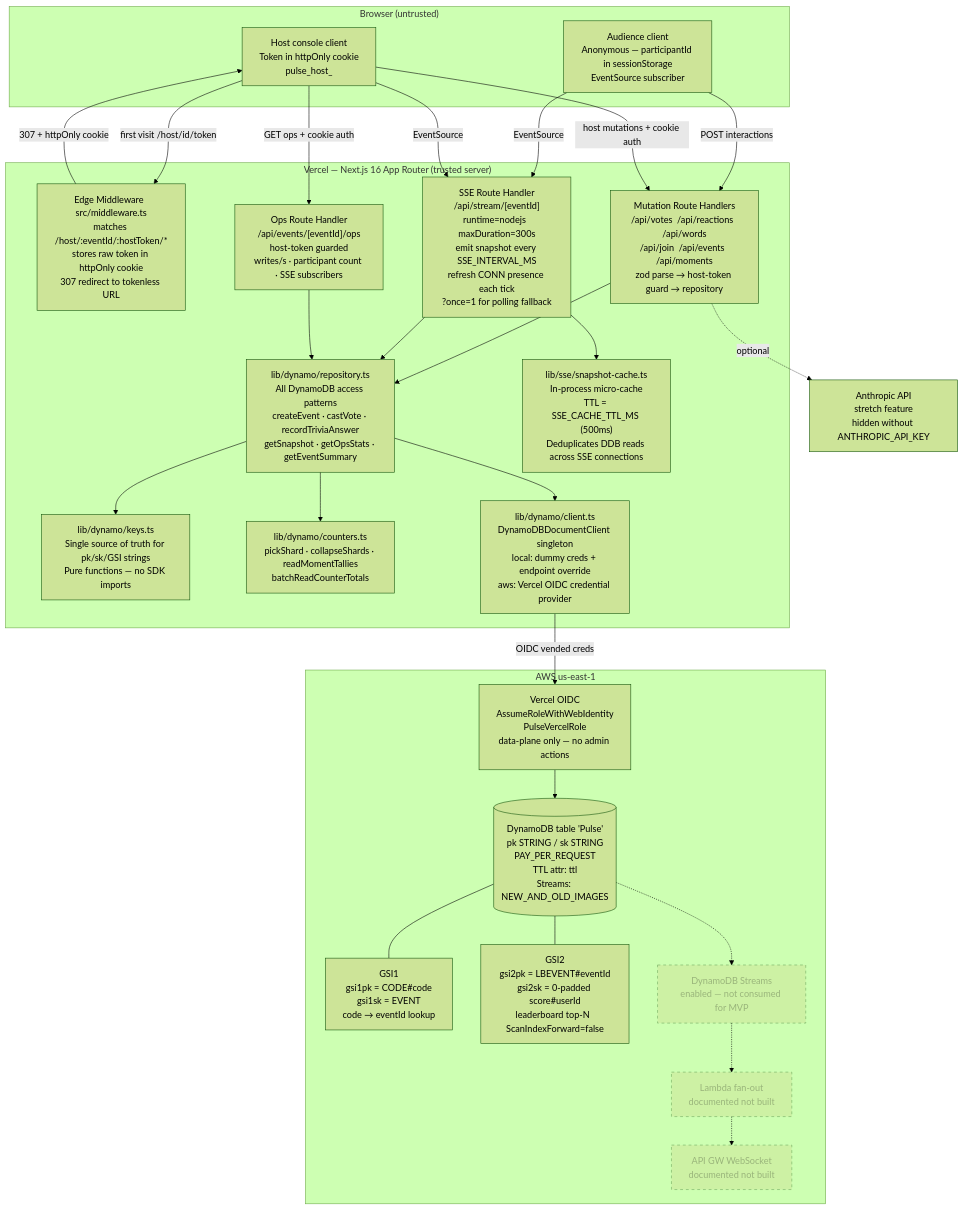
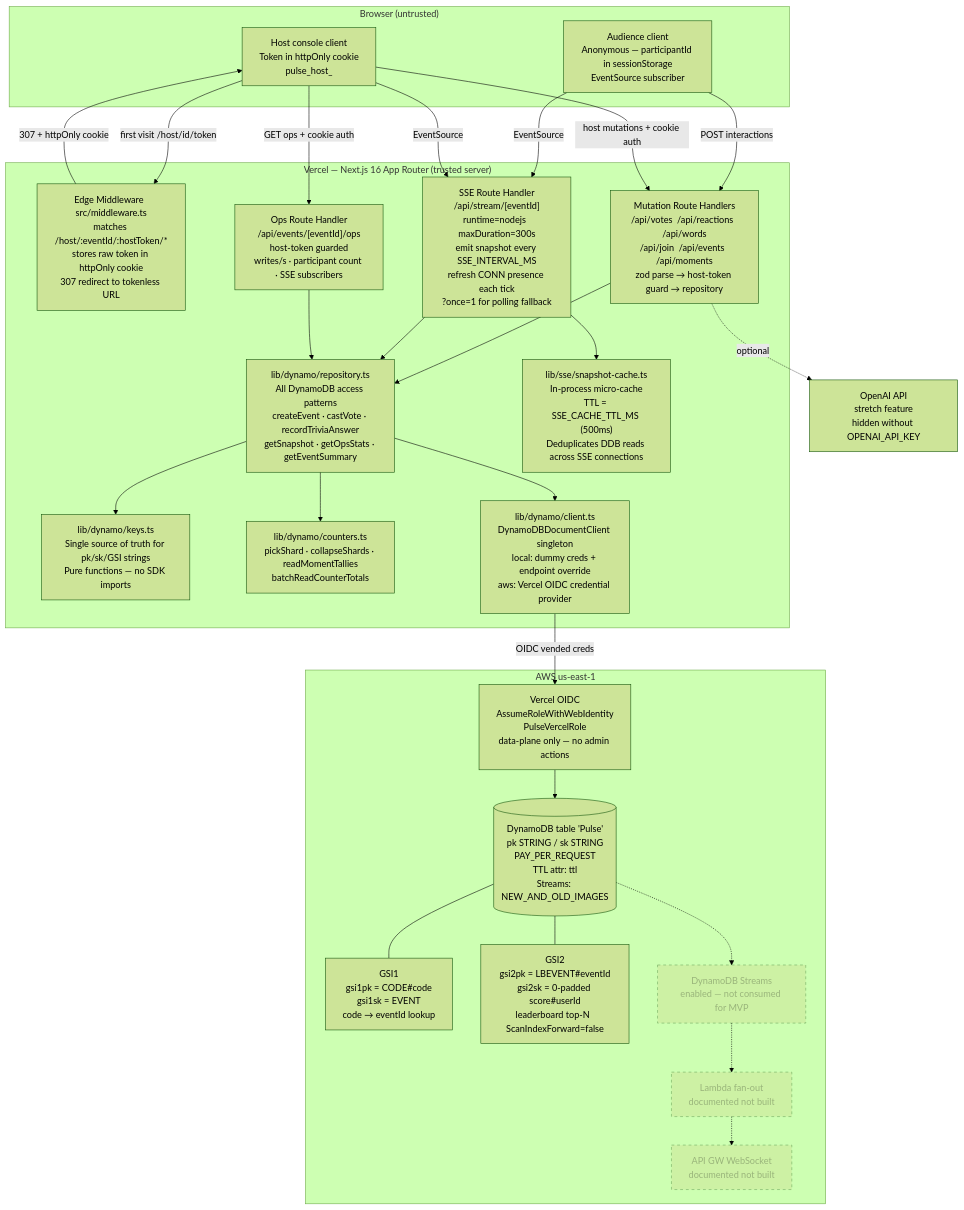
The first of 5 diagrams in ARCHITECTURE.md (SebAustin/pulse), drawn with Mermaid (forest theme) before and after one commit. The commit also changed 14 other files, not shown here.

First line of the commit message:
feat(ai): swap optional AI assist from Anthropic to OpenAI

````diff
--- a/ARCHITECTURE.md
+++ b/ARCHITECTURE.md
@@ -9,49 +9,49 @@
 ```mermaid
 flowchart TB
   subgraph Browser["Browser (untrusted)"]
     AUD["Audience client\nAnonymous — participantId in sessionStorage\nEventSource subscriber"]
     HOST["Host console client\nToken in httpOnly cookie\npulse_host_<eventId>"]
   end
 
   subgraph Vercel["Vercel — Next.js 16 App Router (trusted server)"]
     MW["Edge Middleware  src/middleware.ts\nmatches /host/:eventId/:hostToken/*\nstores raw token in httpOnly cookie\n307 redirect to tokenless URL"]
     RH_MUT["Mutation Route Handlers\n/api/votes  /api/reactions  /api/words\n/api/join  /api/events  /api/moments\nzod parse → host-token guard → repository"]
     RH_SSE["SSE Route Handler\n/api/stream/[eventId]\nruntime=nodejs  maxDuration=300s\nemit snapshot every SSE_INTERVAL_MS\nrefresh CONN presence each tick\n?once=1 for polling fallback"]
     RH_OPS["Ops Route Handler\n/api/events/[eventId]/ops\nhost-token guarded\nwrites/s · participant count · SSE subscribers"]
     REPO["lib/dynamo/repository.ts\nAll DynamoDB access patterns\ncreateEvent · castVote · recordTriviaAnswer\ngetSnapshot · getOpsStats · getEventSummary"]
     KEYS["lib/dynamo/keys.ts\nSingle source of truth for pk/sk/GSI strings\nPure functions — no SDK imports"]
     CTRS["lib/dynamo/counters.ts\npickShard · collapseShards · readMomentTallies\nbatchReadCounterTotals"]
     CLIENT["lib/dynamo/client.ts\nDynamoDBDocumentClient singleton\nlocal: dummy creds + endpoint override\naws: Vercel OIDC credential provider"]
     CACHE["lib/sse/snapshot-cache.ts\nIn-process micro-cache\nTTL = SSE_CACHE_TTL_MS (500ms)\nDeduplicates DDB reads across SSE connections"]
   end
 
   subgraph AWS["AWS us-east-1"]
     OIDC["Vercel OIDC\nAssumeRoleWithWebIdentity\nPulseVercelRole\ndata-plane only — no admin actions"]
     DDB[("DynamoDB table 'Pulse'\npk STRING / sk STRING\nPAY_PER_REQUEST\nTTL attr: ttl\nStreams: NEW_AND_OLD_IMAGES")]
     GSI1["GSI1\ngsi1pk = CODE#code\ngsi1sk = EVENT\ncode → eventId lookup"]
     GSI2["GSI2\ngsi2pk = LBEVENT#eventId\ngsi2sk = 0-padded score#userId\nleaderboard top-N  ScanIndexForward=false"]
     STREAM["DynamoDB Streams\nenabled — not consumed for MVP"]
     LAM["Lambda fan-out\ndocumented not built"]
     WS["API GW WebSocket\ndocumented not built"]
   end
 
-  ANT["Anthropic API\nstretch feature\nhidden without ANTHROPIC_API_KEY"]
+  ANT["OpenAI API\nstretch feature\nhidden without OPENAI_API_KEY"]
 
   HOST -->|"first visit /host/id/token"| MW
   MW -->|"307 + httpOnly cookie"| HOST
   AUD -->|"POST interactions"| RH_MUT
   HOST -->|"host mutations + cookie auth"| RH_MUT
   HOST -->|"GET ops + cookie auth"| RH_OPS
   AUD & HOST -->|"EventSource"| RH_SSE
   RH_MUT & RH_SSE & RH_OPS --> REPO
   REPO --> KEYS & CTRS & CLIENT
   RH_SSE --> CACHE
   CLIENT -->|"OIDC vended creds"| OIDC
   OIDC --> DDB
   DDB --- GSI1 & GSI2
   DDB -.-> STREAM -.-> LAM -.-> WS
   RH_MUT -.->|"optional"| ANT
 
   classDef notbuilt stroke-dasharray:5 5,opacity:0.5
   class STREAM,LAM,WS notbuilt
 ```
````
